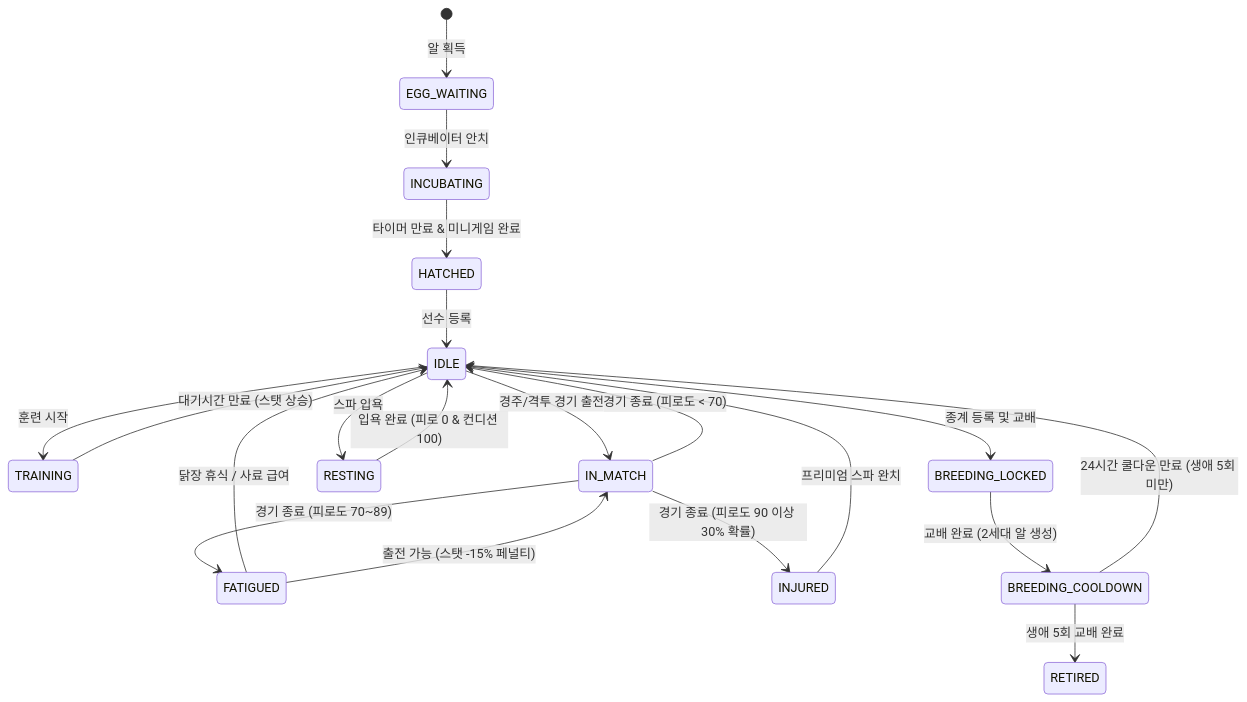
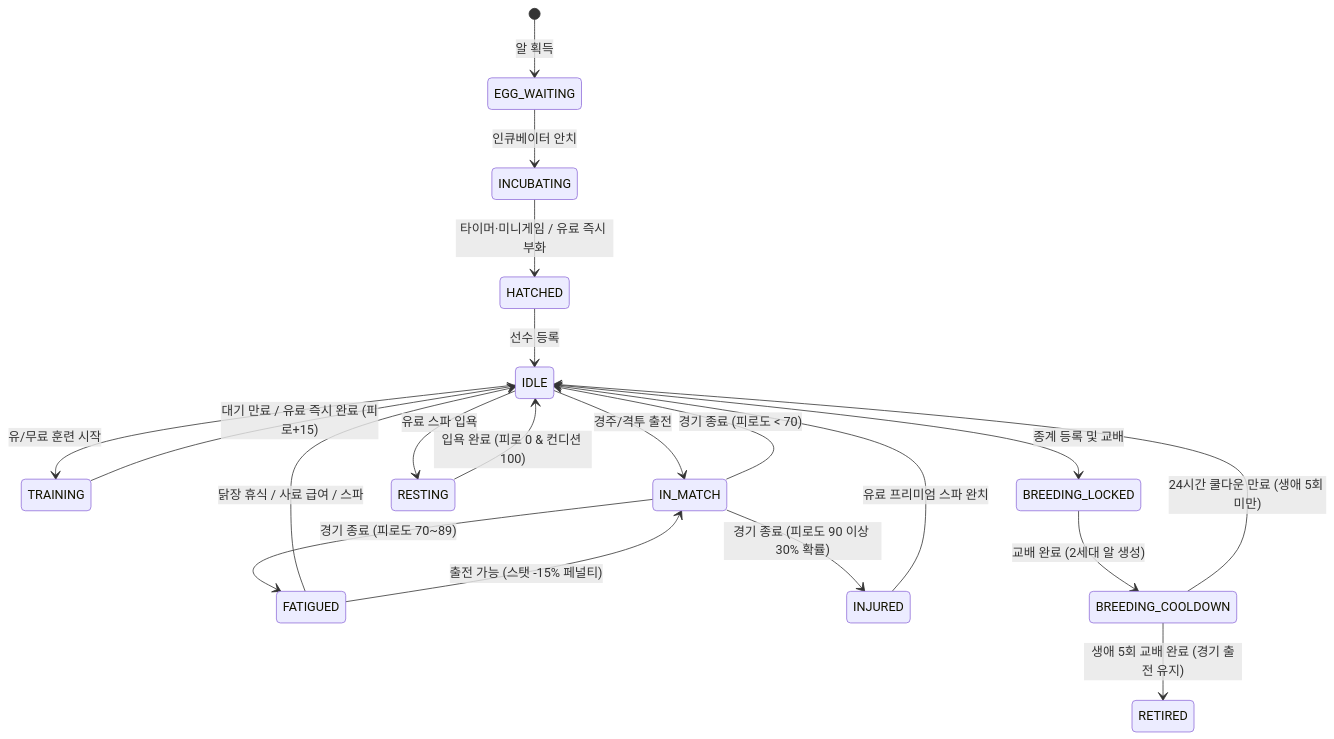
One commit to fingerfinger/rooster-rumble changed the second of 2 diagrams in docs/farm/docs/Rumble Farm MVP 구성안.md. Above: the diagram before and after it, drawn with Mermaid. The commit also changed other lines of this file and 73 other files, not shown here.

````diff
--- a/docs/farm/docs/Rumble Farm MVP 구성안.md
+++ b/docs/farm/docs/Rumble Farm MVP 구성안.md
@@ -221,28 +240,28 @@
 ```mermaid
 stateDiagram-v2
     [*] --> EGG_WAITING: 알 획득
     EGG_WAITING --> INCUBATING: 인큐베이터 안치
-    INCUBATING --> HATCHED: 타이머 만료 & 미니게임 완료
+    INCUBATING --> HATCHED: 타이머·미니게임 / 유료 즉시 부화
     HATCHED --> IDLE: 선수 등록
 
-    IDLE --> TRAINING: 훈련 시작
-    TRAINING --> IDLE: 대기시간 만료 (스탯 상승)
+    IDLE --> TRAINING: 유/무료 훈련 시작
+    TRAINING --> IDLE: 대기 만료 / 유료 즉시 완료 (피로+15)
 
-    IDLE --> IN_MATCH: 경주/격투 경기 출전
+    IDLE --> IN_MATCH: 경주/격투 출전
     IN_MATCH --> IDLE: 경기 종료 (피로도 < 70)
     IN_MATCH --> FATIGUED: 경기 종료 (피로도 70~89)
     IN_MATCH --> INJURED: 경기 종료 (피로도 90 이상 30% 확률)
 
-    FATIGUED --> IDLE: 닭장 휴식 / 사료 급여
+    FATIGUED --> IDLE: 닭장 휴식 / 사료 급여 / 스파
     FATIGUED --> IN_MATCH: 출전 가능 (스탯 -15% 페널티)
 
-    INJURED --> IDLE: 프리미엄 스파 완치
+    INJURED --> IDLE: 유료 프리미엄 스파 완치
     
-    IDLE --> RESTING: 스파 입욕
+    IDLE --> RESTING: 유료 스파 입욕
     RESTING --> IDLE: 입욕 완료 (피로 0 & 컨디션 100)
 
     IDLE --> BREEDING_LOCKED: 종계 등록 및 교배
     BREEDING_LOCKED --> BREEDING_COOLDOWN: 교배 완료 (2세대 알 생성)
     BREEDING_COOLDOWN --> IDLE: 24시간 쿨다운 만료 (생애 5회 미만)
-    BREEDING_COOLDOWN --> RETIRED: 생애 5회 교배 완료
+    BREEDING_COOLDOWN --> RETIRED: 생애 5회 교배 완료 (경기 출전 유지)
 ```
````
